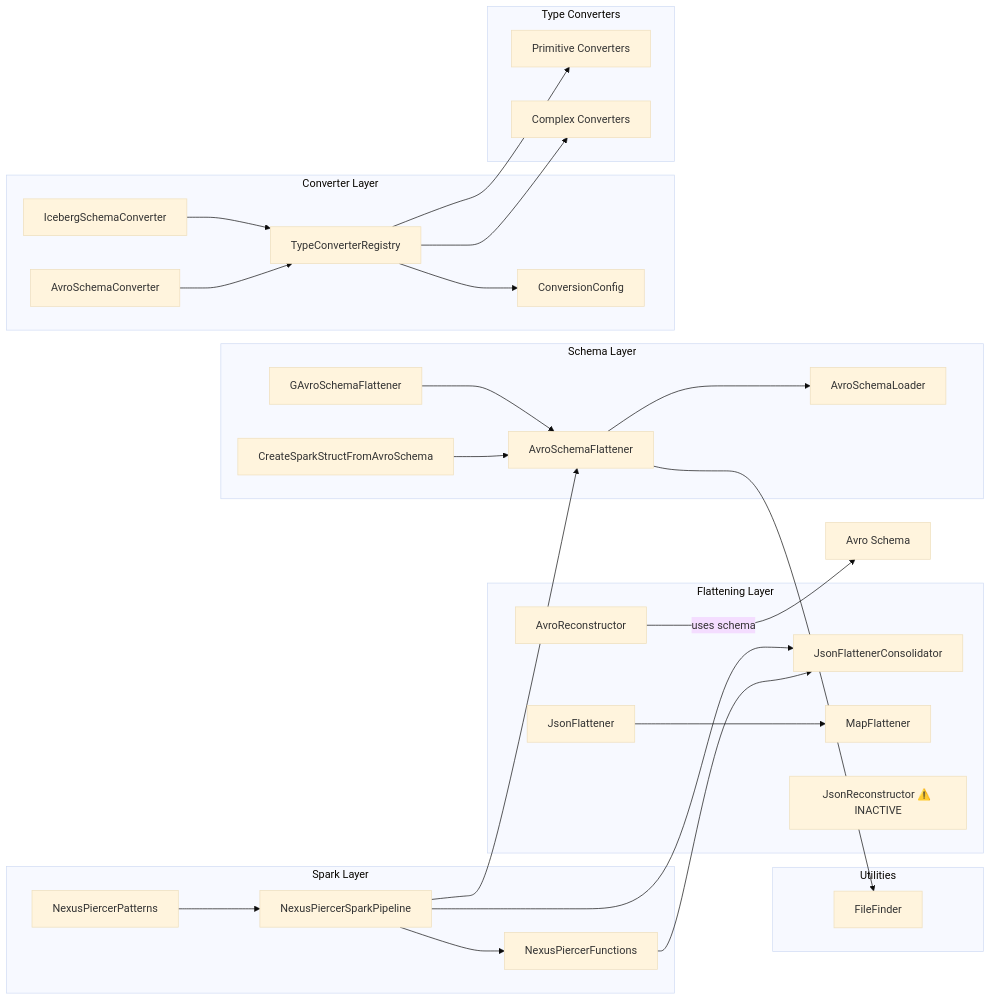
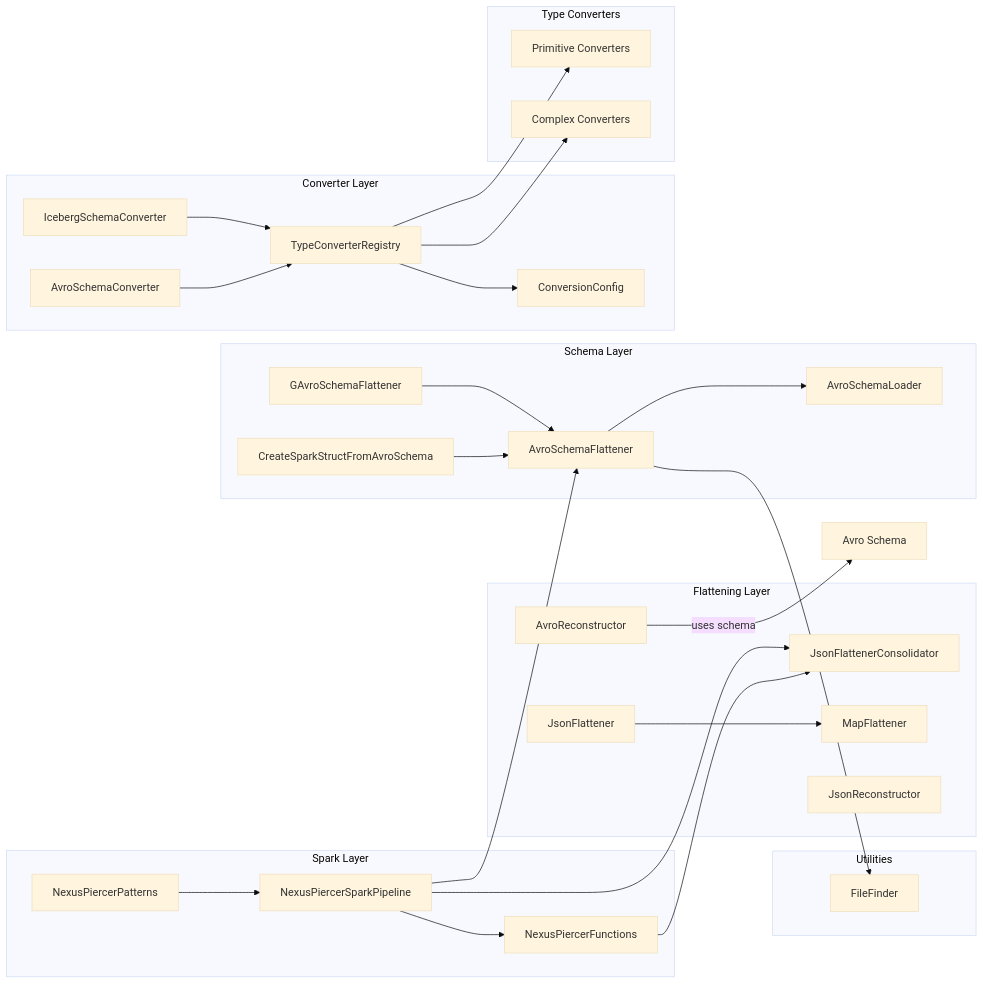
One commit to pierce-lonergan/NexusPiercer changed the third of 6 diagrams in docs/ARCHITECTURE_GRAPH.md. Above: the diagram before and after it, drawn with Mermaid (base theme). The commit also changed 22 other files, not shown here.

````diff
--- a/docs/ARCHITECTURE_GRAPH.md
+++ b/docs/ARCHITECTURE_GRAPH.md
@@ -53,61 +53,61 @@
 ```mermaid
 graph LR
     subgraph "Spark Layer"
         NPSP[NexusPiercerSparkPipeline]
         NPF[NexusPiercerFunctions]
         NPP[NexusPiercerPatterns]
     end
     
     subgraph "Flattening Layer"
         JFC[JsonFlattenerConsolidator]
         MF[MapFlattener]
         JF[JsonFlattener]
-        JR[JsonReconstructor ⚠️ INACTIVE]
+        JR[JsonReconstructor]
         AR[AvroReconstructor]
     end
     
     subgraph "Schema Layer"
         ASF[AvroSchemaFlattener]
         ASL[AvroSchemaLoader]
         GASF[GAvroSchemaFlattener]
         CSFS[CreateSparkStructFromAvroSchema]
     end
     
     subgraph "Converter Layer"
         ASC[AvroSchemaConverter]
         ISC[IcebergSchemaConverter]
         TCR[TypeConverterRegistry]
         CC[ConversionConfig]
     end
     
     subgraph "Type Converters"
         TC_PRIM[Primitive Converters]
         TC_COMPLEX[Complex Converters]
     end
     
     subgraph "Utilities"
         FF[FileFinder]
     end
     
     NPSP --> JFC
     NPSP --> ASF
     NPSP --> NPF
     NPP --> NPSP
     
     NPF --> JFC
     
     JF --> MF
     
     AR --> |"uses schema"| AVRO_SCHEMA[Avro Schema]
     
     ASF --> ASL
     ASF --> FF
     GASF --> ASF
     CSFS --> ASF
     
     ISC --> TCR
     ASC --> TCR
     TCR --> CC
     TCR --> TC_PRIM
     TCR --> TC_COMPLEX
 ```
````
